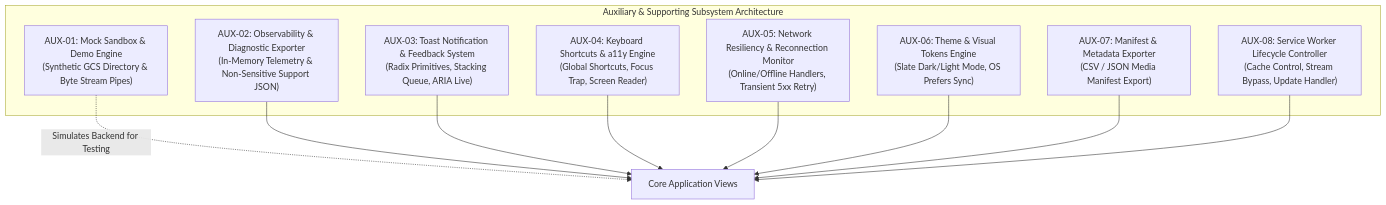
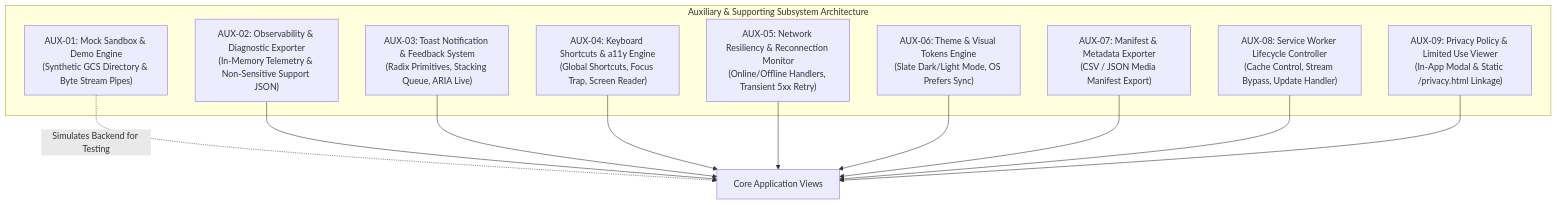
Before and after one commit to NovaLogicDev/FilesOfBaSingSe: the first of 5 diagrams in docs/requirements/auxiliary_and_supporting_components_specification.md, drawn with Mermaid. The commit also changed other lines of this file and 9 other files, not shown here.

Commit message:
docs: add Google Trust & Safety, minimal scopes, Epic 14, Module 14, and Privacy Policy specifications

````diff
--- a/docs/requirements/auxiliary_and_supporting_components_specification.md
+++ b/docs/requirements/auxiliary_and_supporting_components_specification.md
@@ -10,22 +10,24 @@
 ```mermaid
 flowchart TD
     subgraph AuxSuite ["Auxiliary & Supporting Subsystem Architecture"]
         A1["AUX-01: Mock Sandbox & Demo Engine\n(Synthetic GCS Directory & Byte Stream Pipes)"]
         A2["AUX-02: Observability & Diagnostic Exporter\n(In-Memory Telemetry & Non-Sensitive Support JSON)"]
         A3["AUX-03: Toast Notification & Feedback System\n(Radix Primitives, Stacking Queue, ARIA Live)"]
         A4["AUX-04: Keyboard Shortcuts & a11y Engine\n(Global Shortcuts, Focus Trap, Screen Reader)"]
         A5["AUX-05: Network Resiliency & Reconnection Monitor\n(Online/Offline Handlers, Transient 5xx Retry)"]
         A6["AUX-06: Theme & Visual Tokens Engine\n(Slate Dark/Light Mode, OS Prefers Sync)"]
         A7["AUX-07: Manifest & Metadata Exporter\n(CSV / JSON Media Manifest Export)"]
         A8["AUX-08: Service Worker Lifecycle Controller\n(Cache Control, Stream Bypass, Update Handler)"]
+        A9["AUX-09: Privacy Policy & Limited Use Viewer\n(In-App Modal & Static /privacy.html Linkage)"]
     end
 
     A1 -.->|"Simulates Backend for Testing"| CoreApp["Core Application Views"]
     A2 --> CoreApp
     A3 --> CoreApp
     A4 --> CoreApp
     A5 --> CoreApp
     A6 --> CoreApp
     A7 --> CoreApp
     A8 --> CoreApp
+    A9 --> CoreApp
 ```
````
